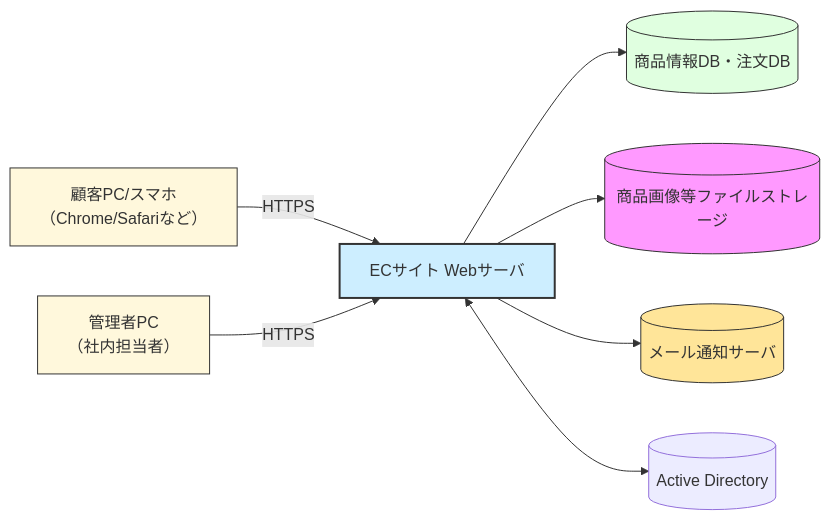
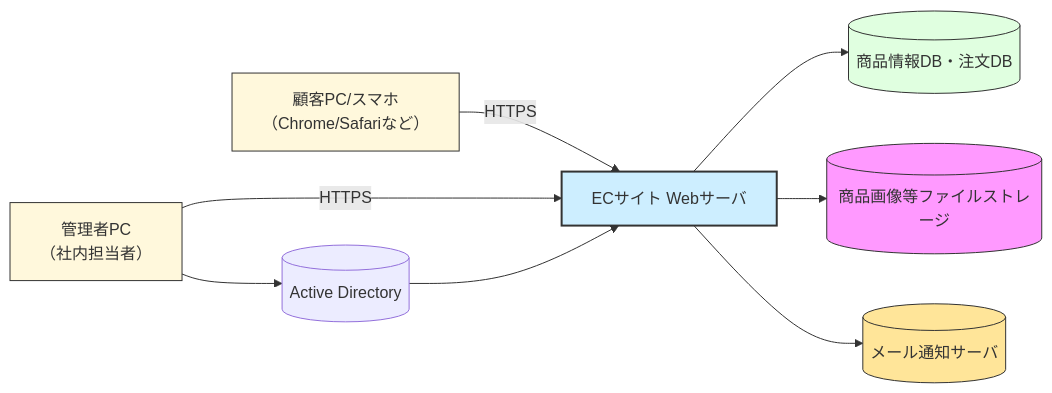
One commit to natsumiumeda/Jobs changed the first of 3 diagrams in 基本設計/基本設計書（壷坂）.md. Above: the diagram before and after it, drawn with Mermaid.

Commit message:
あ

```diff
--- a/基本設計/基本設計書（壷坂）.md
+++ b/基本設計/基本設計書（壷坂）.md
@@ -56,16 +56,16 @@
 <div class="mermaid">
 graph LR
     顧客端末[顧客PC/スマホ<br>（Chrome/Safariなど）] -- HTTPS --> ECサーバ[ECサイト Webサーバ]
     管理端末[管理者PC<br>（社内担当者）] -- HTTPS --> ECサーバ
     ECサーバ --> DB[(商品情報DB・注文DB)]
     ECサーバ --> ストレージ[(商品画像等ファイルストレージ)]
     ECサーバ --> メール[(メール通知サーバ)]
-    ECサーバ <--> 認証システム[(Active Directory)]
+    管理端末 --> 認証システム[(Active Directory)] --> ECサーバ
  
     style 顧客端末 fill:#fff8dc,stroke:#333
     style 管理端末 fill:#fff8dc,stroke:#333
     style ECサーバ fill:#cdeeff,stroke:#333,stroke-width:2px
     style DB fill:#e0ffe0,stroke:#333
     style ストレージ fill:#f9f,stroke:#333
     style メール fill:#ffe599,stroke:#333
 </div>
```
